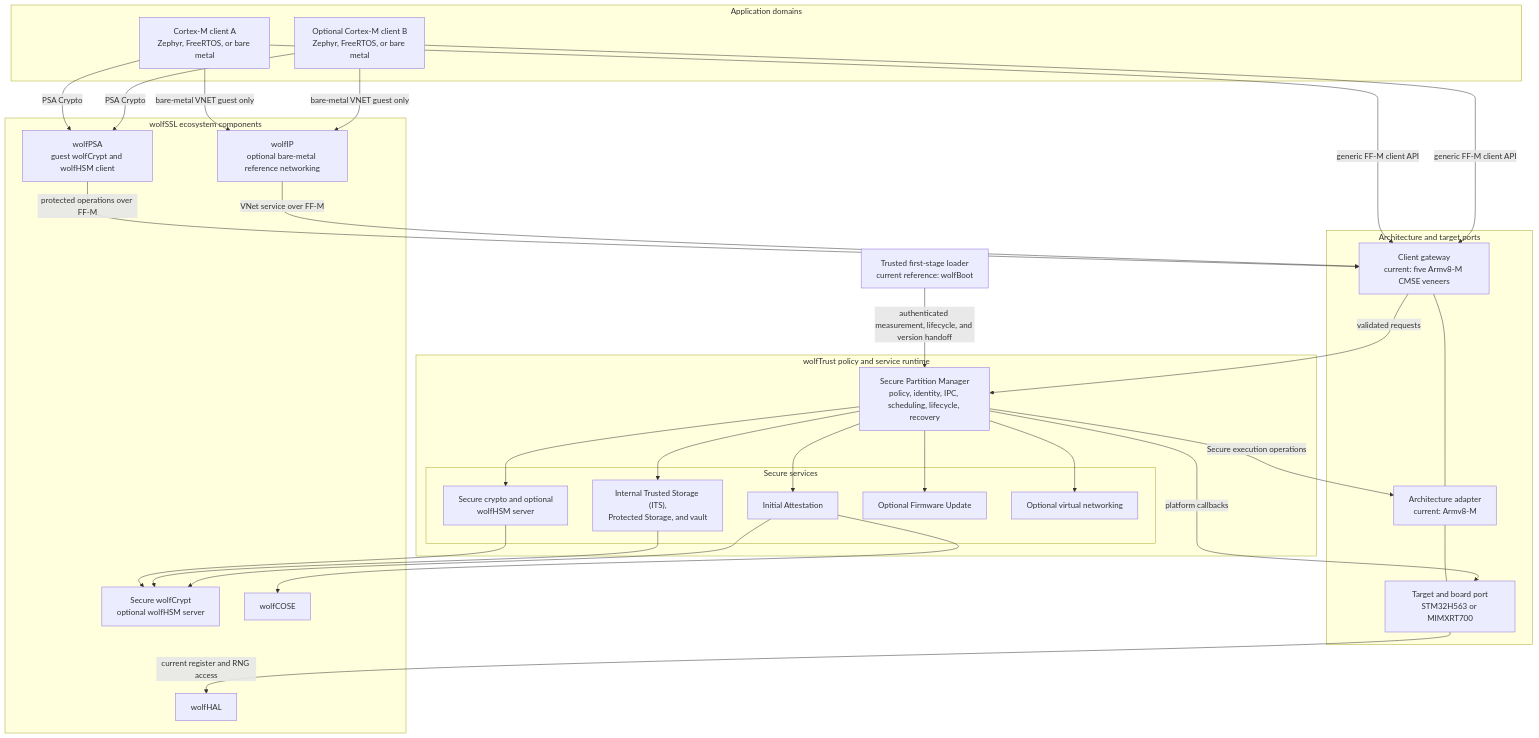
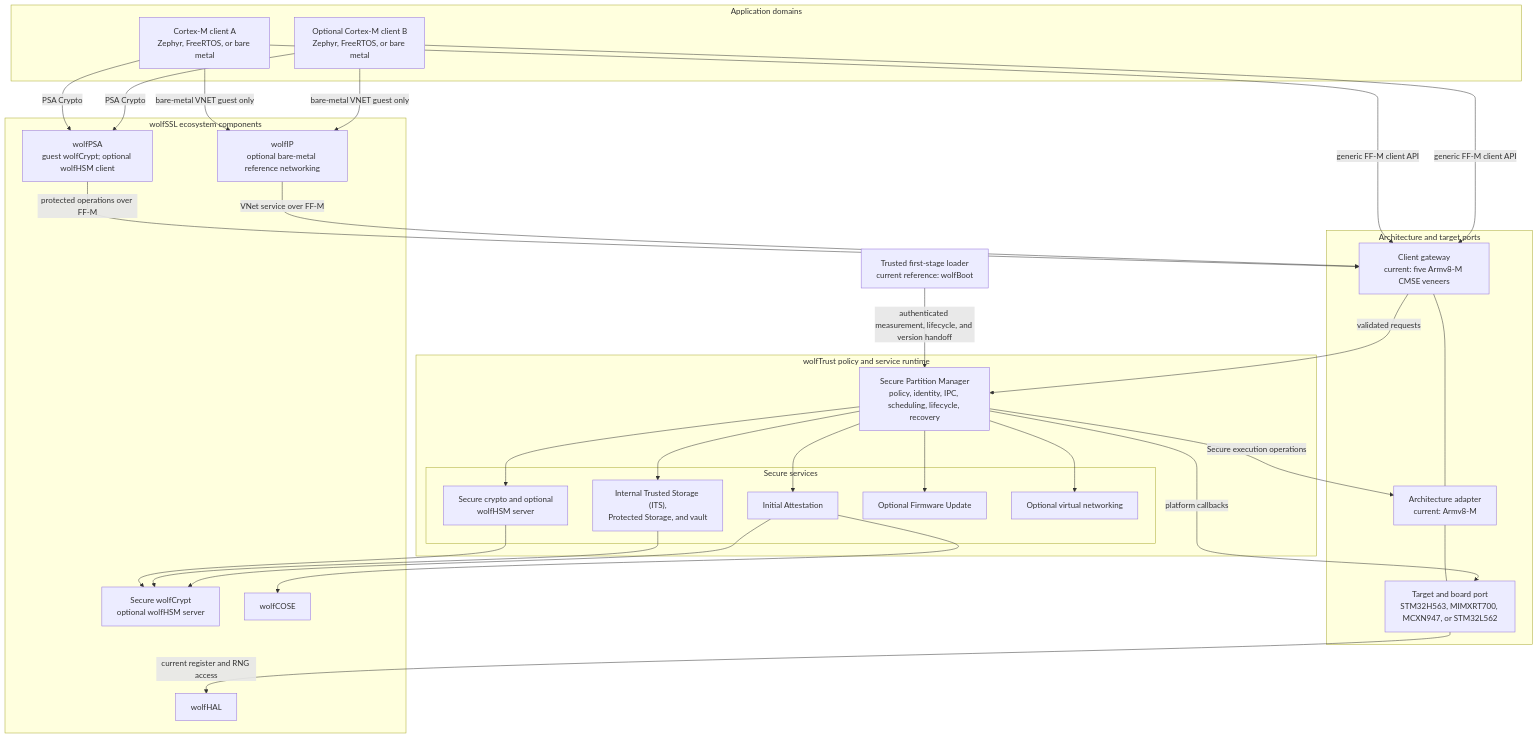
The diagram in README.md (wolfSSL/wolfTrust), drawn with Mermaid before and after one commit. The commit also changed other lines of this file and 28 other files, not shown here.

````diff
--- a/README.md
+++ b/README.md
@@ -16,59 +17,59 @@
 ```mermaid
 flowchart TB
     BOOT[Trusted first-stage loader<br/>current reference: wolfBoot]
 
     subgraph APP[Application domains]
         GA[Cortex-M client A<br/>Zephyr, FreeRTOS, or bare metal]
         GB[Optional Cortex-M client B<br/>Zephyr, FreeRTOS, or bare metal]
     end
 
     subgraph PORT[Architecture and target ports]
         GW[Client gateway<br/>current: five Armv8-M CMSE veneers]
         ARCH[Architecture adapter<br/>current: Armv8-M]
-        TARGET[Target and board port<br/>STM32H563 or MIMXRT700]
+        TARGET[Target and board port<br/>STM32H563, MIMXRT700, MCXN947, or STM32L562]
         GW --- ARCH
         ARCH --- TARGET
     end
 
     subgraph WT[wolfTrust policy and service runtime]
         SPM[Secure Partition Manager<br/>policy, identity, IPC, scheduling, lifecycle, recovery]
         subgraph SP[Secure services]
             CR["Secure crypto and optional<br/>wolfHSM server"]
             ST["Internal Trusted Storage (ITS),<br/>Protected Storage, and vault"]
             AT[Initial Attestation]
             FW[Optional Firmware Update]
             VN[Optional virtual networking]
         end
         SPM --> CR
         SPM --> ST
         SPM --> AT
         SPM --> FW
         SPM --> VN
     end
 
     subgraph LIBS[wolfSSL ecosystem components]
-        PSA[wolfPSA<br/>guest wolfCrypt and wolfHSM client]
+        PSA[wolfPSA<br/>guest wolfCrypt; optional wolfHSM client]
         WC[Secure wolfCrypt<br/>optional wolfHSM server]
         COSE[wolfCOSE]
         HAL[wolfHAL]
         IP[wolfIP<br/>optional bare-metal reference networking]
     end
 
     BOOT -->|authenticated measurement, lifecycle, and version handoff| SPM
     GA -->|generic FF-M client API| GW
     GB -->|generic FF-M client API| GW
     GA -->|PSA Crypto| PSA
     GB -->|PSA Crypto| PSA
     PSA -->|protected operations over FF-M| GW
     GA -->|bare-metal VNET guest only| IP
     GB -->|bare-metal VNET guest only| IP
     IP -->|VNet service over FF-M| GW
     GW -->|validated requests| SPM
     SPM -->|Secure execution operations| ARCH
     SPM -->|platform callbacks| TARGET
     CR --> WC
     ST --> WC
     AT --> COSE
     AT --> WC
     TARGET -->|current register and RNG access| HAL
 ```
````
